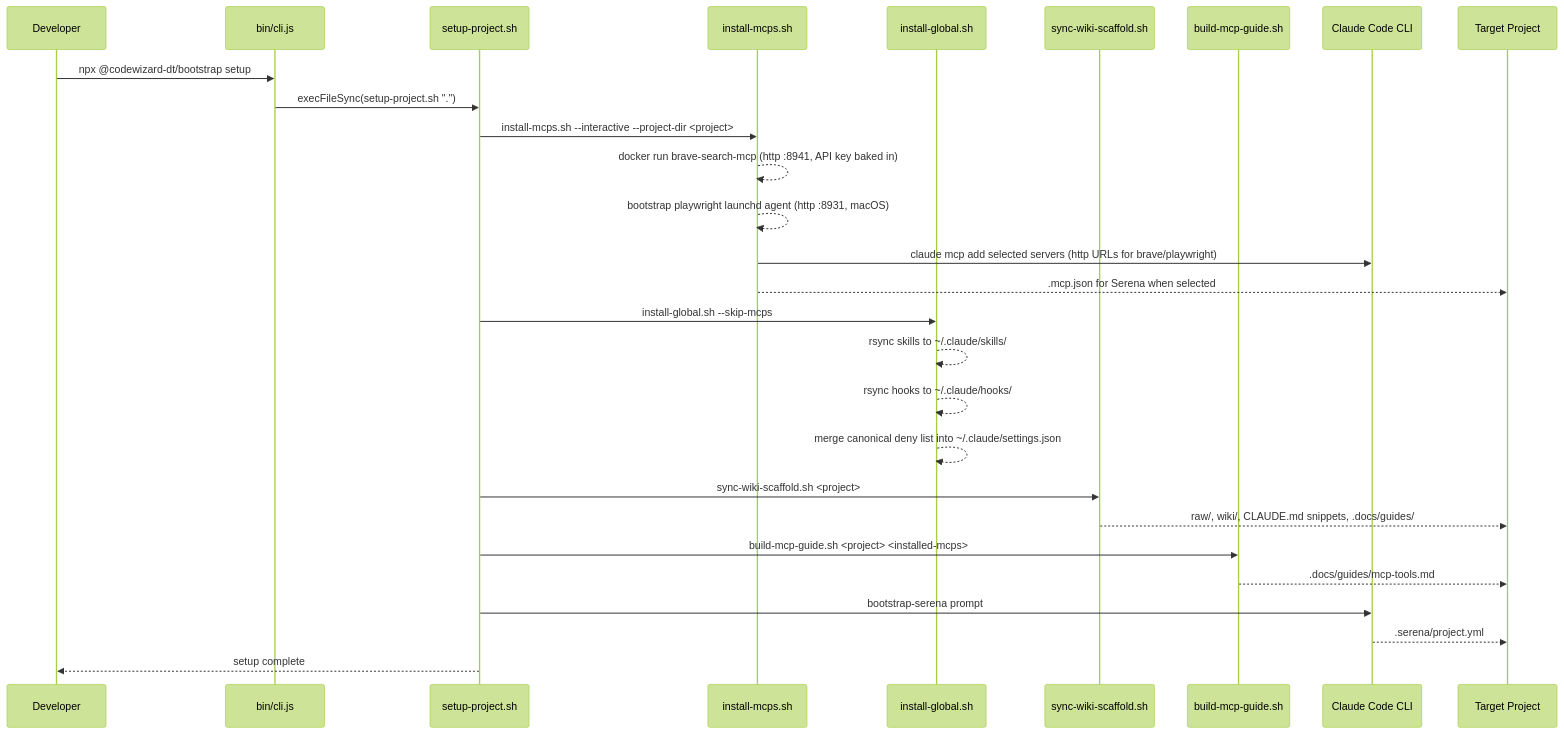
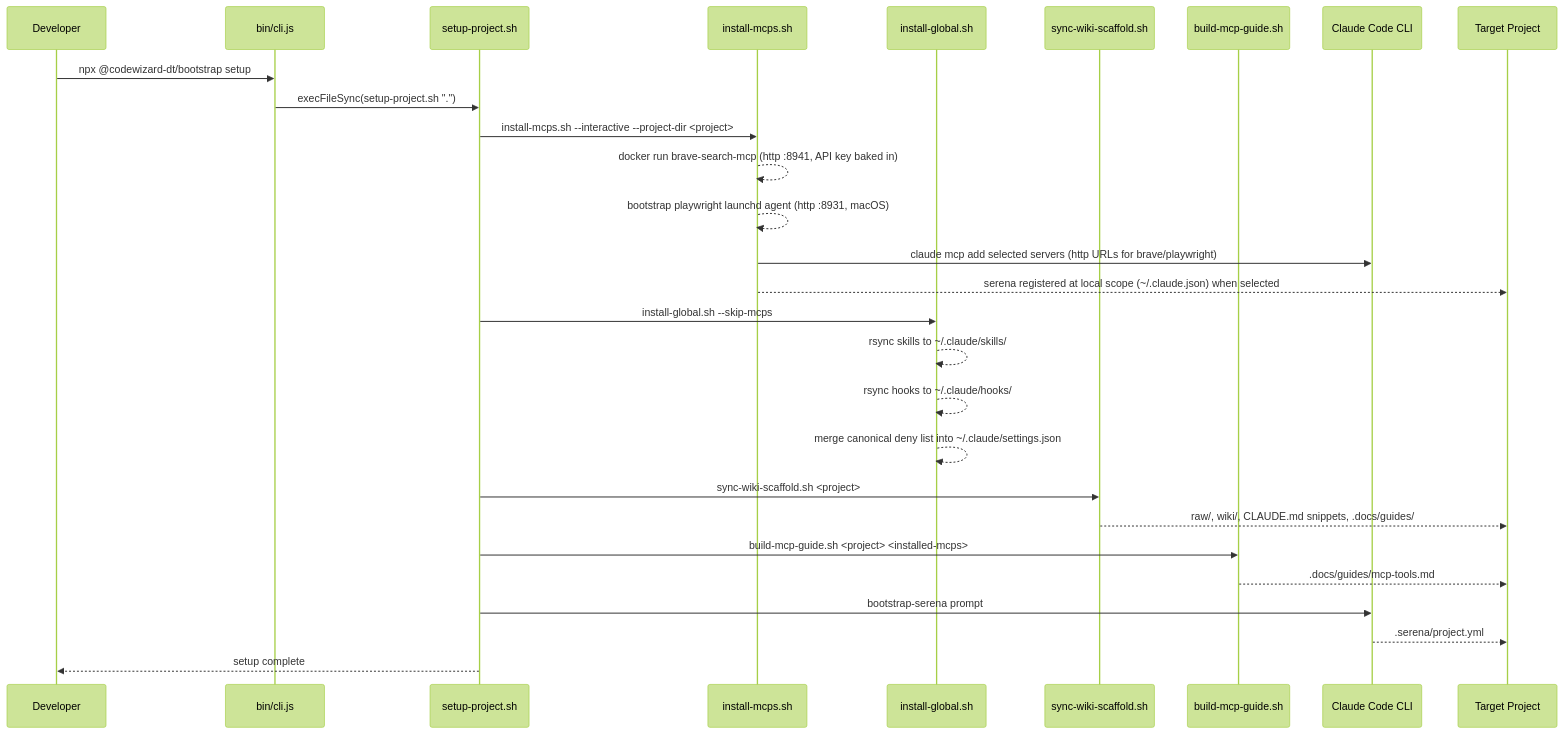
Before and after one commit to codewizard-dt/bootstrap-claude: the second of 3 diagrams in README.md, drawn with Mermaid (forest theme). The commit also changed other lines of this file and 11 other files, not shown here.

Commit message:
[patch] Register playwright as 'playwright-shared' (coexists with team .mcp.json entries), serena at local scope (~/.claude.json, not repo .mcp.json), consented migrations, hasSerena local-scope detection

````diff
--- a/README.md
+++ b/README.md
@@ -190,31 +190,31 @@
 ```mermaid
 sequenceDiagram
   participant Dev as Developer
   participant CLI as bin/cli.js
   participant Setup as setup-project.sh
   participant MCP as install-mcps.sh
   participant Global as install-global.sh
   participant Wiki as sync-wiki-scaffold.sh
   participant Guide as build-mcp-guide.sh
   participant Claude as Claude Code CLI
   participant Project as Target Project
 
   Dev->>CLI: npx @codewizard-dt/bootstrap setup
   CLI->>Setup: execFileSync(setup-project.sh ".")
   Setup->>MCP: install-mcps.sh --interactive --project-dir <project>
   MCP-->>MCP: docker run brave-search-mcp (http :8941, API key baked in)
   MCP-->>MCP: bootstrap playwright launchd agent (http :8931, macOS)
   MCP->>Claude: claude mcp add selected servers (http URLs for brave/playwright)
-  MCP-->>Project: .mcp.json for Serena when selected
+  MCP-->>Project: serena registered at local scope (~/.claude.json) when selected
   Setup->>Global: install-global.sh --skip-mcps
   Global-->>Global: rsync skills to ~/.claude/skills/
   Global-->>Global: rsync hooks to ~/.claude/hooks/
   Global-->>Global: merge canonical deny list into ~/.claude/settings.json
   Setup->>Wiki: sync-wiki-scaffold.sh <project>
   Wiki-->>Project: raw/, wiki/, CLAUDE.md snippets, .docs/guides/
   Setup->>Guide: build-mcp-guide.sh <project> <installed-mcps>
   Guide-->>Project: .docs/guides/mcp-tools.md
   Setup->>Claude: bootstrap-serena prompt
   Claude-->>Project: .serena/project.yml
   Setup-->>Dev: setup complete
 ```
````
